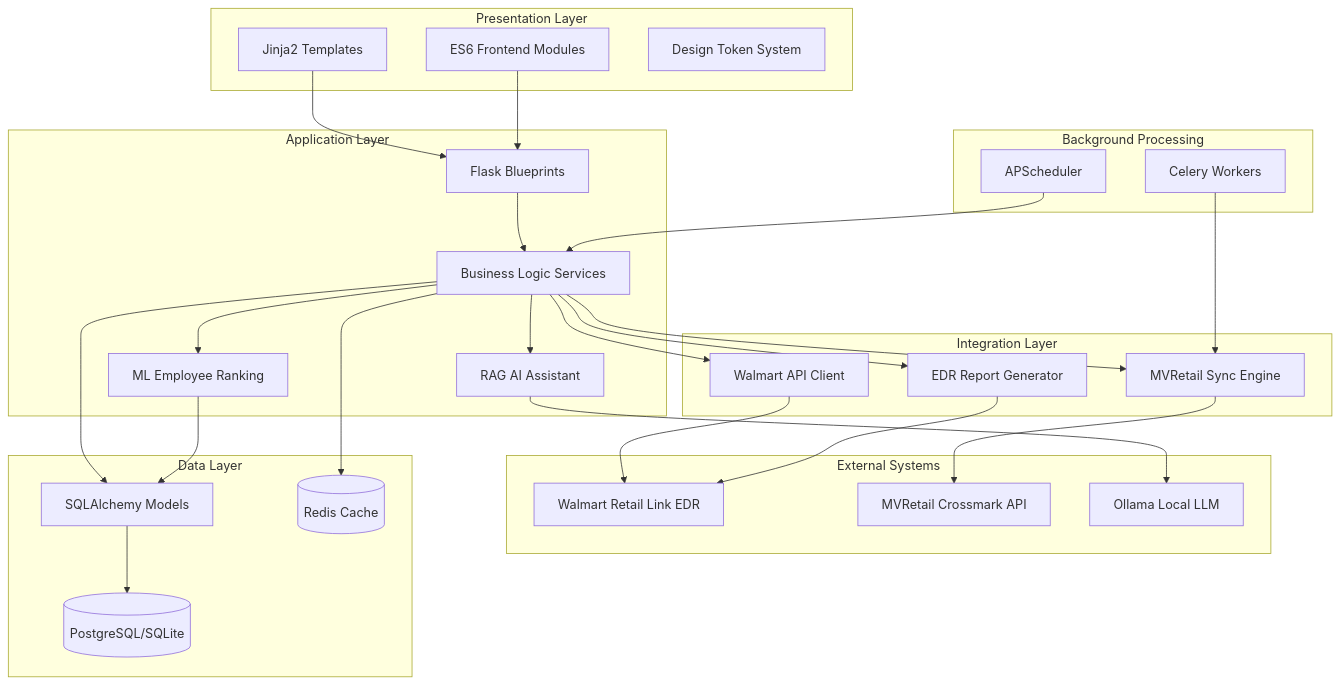
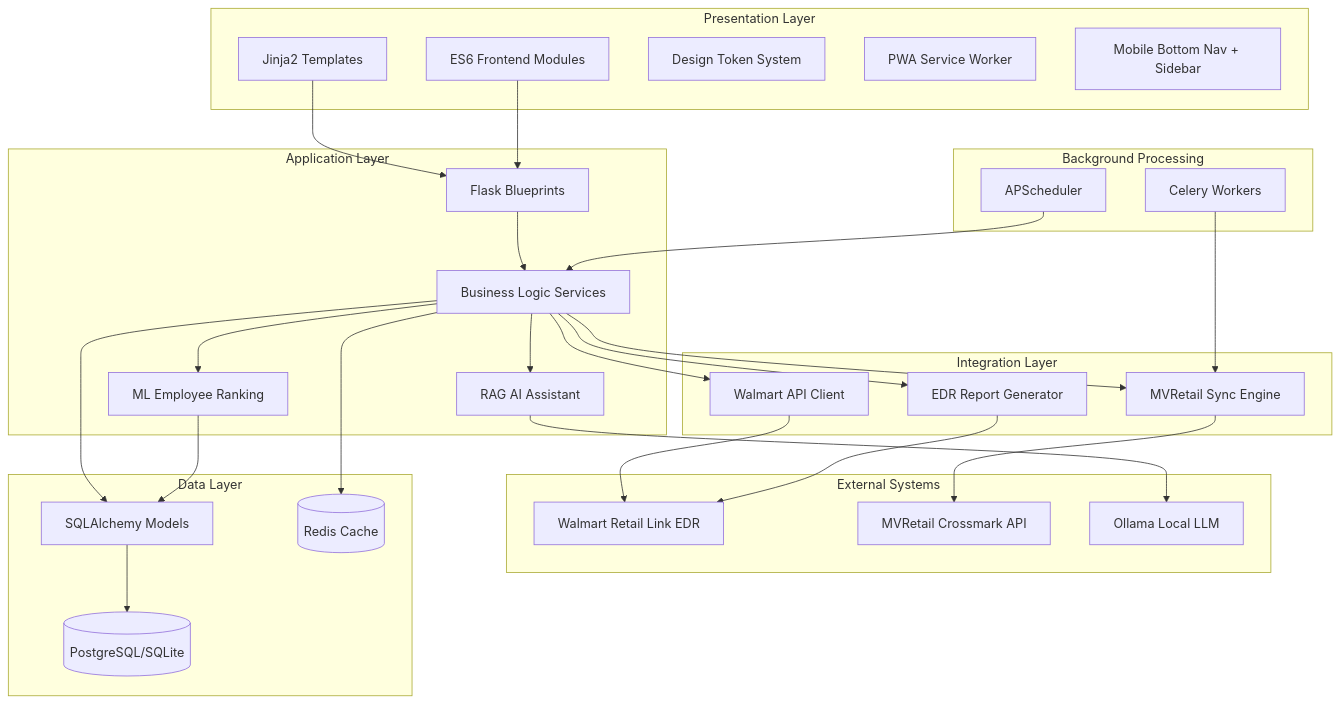
The first of 5 diagrams in docs/CODEBASE_MAP.md (cyberiseeyou/pceventmanager), drawn with Mermaid before and after one commit. The commit also changed other lines of this file and 81 other files, not shown here.

````diff
--- a/docs/CODEBASE_MAP.md
+++ b/docs/CODEBASE_MAP.md
@@ -19,57 +20,59 @@
 ```mermaid
 graph TB
     subgraph "External Systems"
         WALMART[Walmart Retail Link EDR]
         MVRETAIL[MVRetail Crossmark API]
         OLLAMA[Ollama Local LLM]
     end
 
     subgraph "Presentation Layer"
         TEMPLATES[Jinja2 Templates]
         JS[ES6 Frontend Modules]
         CSS[Design Token System]
+        PWA[PWA Service Worker]
+        MOBILE[Mobile Bottom Nav + Sidebar]
     end
 
     subgraph "Application Layer"
         ROUTES[Flask Blueprints]
         SERVICES[Business Logic Services]
         AI[RAG AI Assistant]
         ML[ML Employee Ranking]
     end
 
     subgraph "Data Layer"
         MODELS[SQLAlchemy Models]
         DB[(PostgreSQL/SQLite)]
         REDIS[(Redis Cache)]
     end
 
     subgraph "Background Processing"
         CELERY[Celery Workers]
         SCHEDULER[APScheduler]
     end
 
     subgraph "Integration Layer"
         WALMART_INT[Walmart API Client]
         MV_INT[MVRetail Sync Engine]
         EDR_INT[EDR Report Generator]
     end
 
     TEMPLATES --> ROUTES
     JS --> ROUTES
     ROUTES --> SERVICES
     SERVICES --> MODELS
     SERVICES --> AI
     SERVICES --> ML
     MODELS --> DB
     AI --> OLLAMA
     ML --> MODELS
     SERVICES --> WALMART_INT
     SERVICES --> MV_INT
     SERVICES --> EDR_INT
     WALMART_INT --> WALMART
     MV_INT --> MVRETAIL
     EDR_INT --> WALMART
     CELERY --> MV_INT
     SCHEDULER --> SERVICES
     SERVICES --> REDIS
 ```
````
